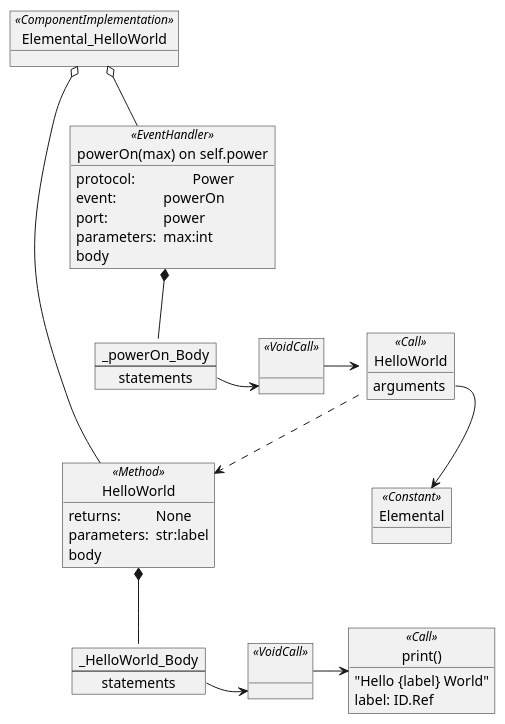
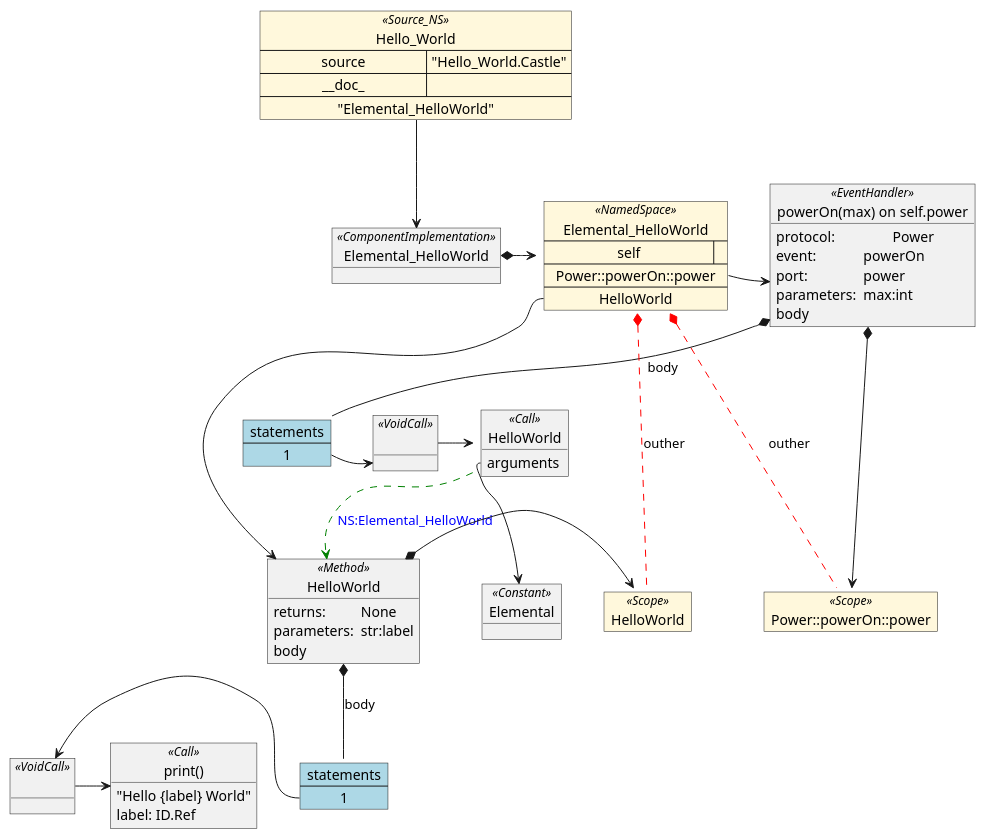
One commit to AlbertMietus/CCastle2.hg changed the diagram in TestDoubles_packages/TestDoubles-HelloWorlds/doc/elemental.puml. Above: the diagram before and after it, drawn with PlantUML.

Commit message:
ASIS(old) TestDoubles-HelloWorld/elemental:: uml-graph -- need an update

```diff
--- a/TestDoubles_packages/TestDoubles-HelloWorlds/doc/elemental.puml
+++ b/TestDoubles_packages/TestDoubles-HelloWorlds/doc/elemental.puml
@@ -1,59 +1,80 @@
 @startuml
 
-object Elemental_HelloWorld <<ComponentImplementation>> {
+object Elemental_HelloWorld  <<ComponentImplementation>> {
 }
+map "Hello_World" as ns1 <<Source_NS>> #Cornsilk {
+  source 					=> "Hello_World.Castle"
+  __doc_ 					=>
+  "Elemental_HelloWorld" 	*--> Elemental_HelloWorld
+}
+
 
 object HelloWorld <<Method>> {
   returns:		None
   parameters: 	str:label
   body
 }
 
 
-object " " as s11 <<VoidCall>>
-object "print()" as s12 <<Call>> {
-  "Hello {label} World"
-  label: ID.Ref
+together {
+	object " " as s11 <<VoidCall>>
+    object "print()" as s12 <<Call>> {
+	  "Hello {label} World"
+	  label: ID.Ref
+	}
+	s11 ->s12
 }
-s11 ->s12
-
-map _HelloWorld_Body {
- statements *-> s11
+together {
+	map "statements" as  _HelloWorld_Body  #lightblue {
+	 1 *-> s11
+	}
+    HelloWorld 		*-- _HelloWorld_Body: body
 }
-HelloWorld 		*-- _HelloWorld_Body
-Elemental_HelloWorld 	o-- HelloWorld
-
 
 
 object "powerOn(max) on self.power" as powerOn <<EventHandler>> {
   protocol:		Power
   event:		powerOn
   port:		power
   parameters:	max:int
   body
 }
 
 object "Elemental" as c1 <<Constant>>
 object " " as s21 <<VoidCall>>
 object "HelloWorld" as s22 <<Call>> {
   arguments
 }
 s22::arguments -->c1
 
 s21 ->s22
-s22 ..> HelloWorld
+s22 ..> HelloWorld #green: <color:blue>NS:Elemental_HelloWorld
 
 
-map _powerOn_Body {
-statements *->s21
+map "statements" as _powerOn_Body #lightblue{
+1 *->s21
 }
-powerOn 		*-- _powerOn_Body
-Elemental_HelloWorld 	o-- powerOn
+powerOn 		*-- _powerOn_Body :body
 
 
 
+map "Elemental_HelloWorld" as ns2 <<NamedSpace>> #Cornsilk {
+    self 					=>
+    Power::powerOn::power 	*->  powerOn
+    HelloWorld 				*->  HelloWorld
+}
+Elemental_HelloWorld *-> ns2
+
+map "HelloWorld" as ns3 << Scope>> #Cornsilk {
+}
+HelloWorld *-> ns3
 
 
+map "Power::powerOn::power" as ns4 <<Scope>> #Cornsilk {
+}
+powerOn *-> ns4
 
+ns2 *... ns4 #red: outher
+ns2 *... ns3 #red: outher
 }
 @enduml
```
